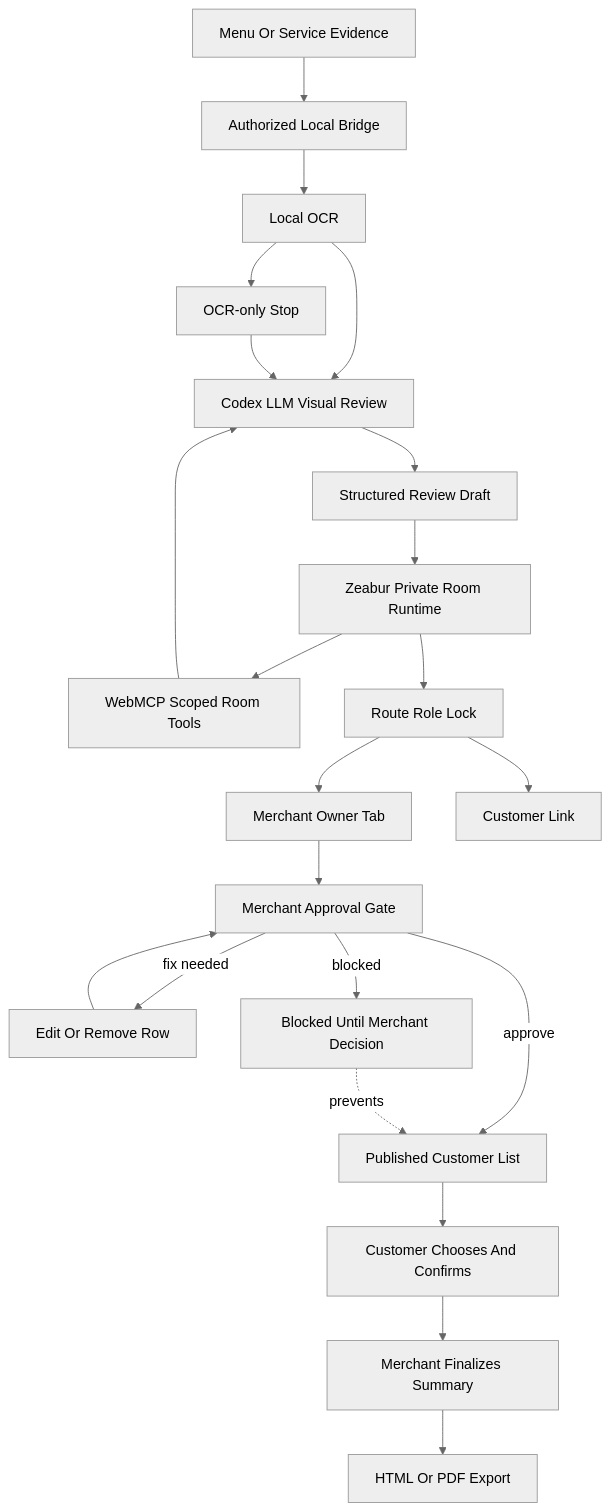
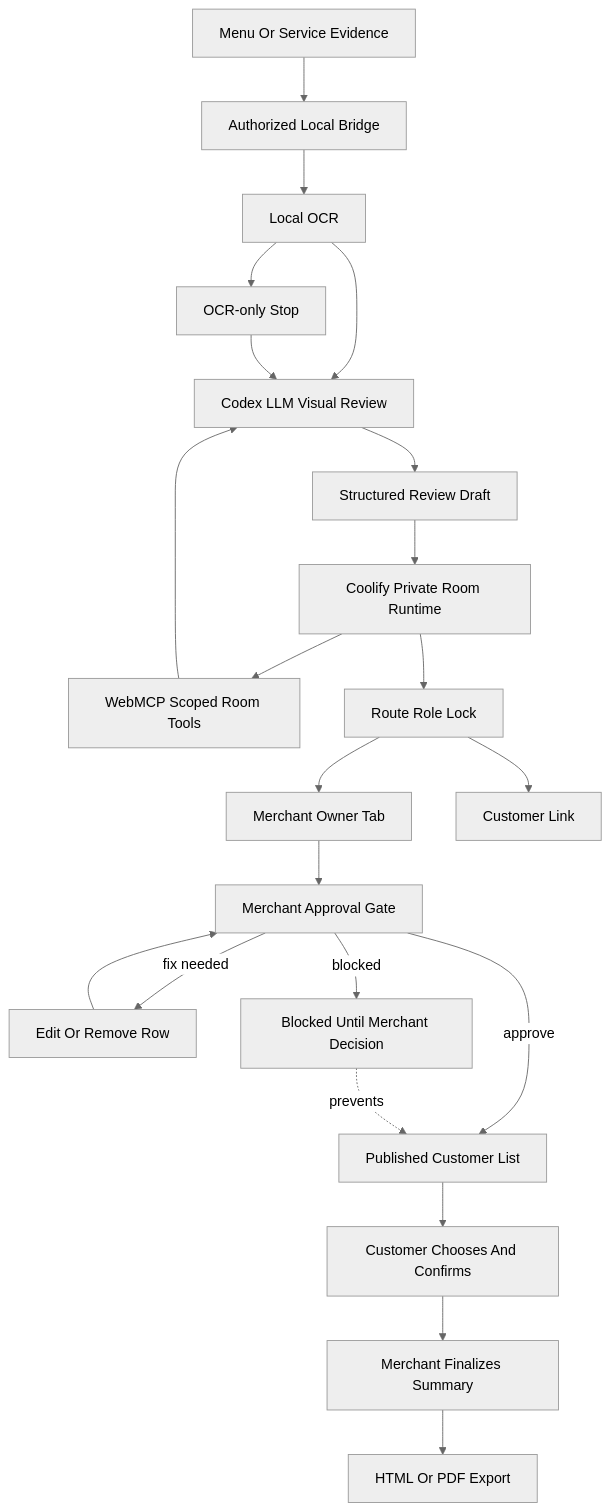
Before and after one commit to jiarong0423/shared-room-mcp: the second of 2 diagrams in README.md, drawn with Mermaid (neutral theme). The commit also changed other lines of this file and 7 other files, not shown here.

Commit message:
Move hosted demo URL from Zeabur to Coolify (sharedroom-new.jace0423.com)

````diff
--- a/README.md
+++ b/README.md
@@ -254,24 +254,24 @@
 ```mermaid
 flowchart TD
   Evidence[Menu Or Service Evidence] --> Bridge[Authorized Local Bridge]
   Bridge --> OCR[Local OCR]
   OCR --> Codex[Codex LLM Visual Review]
   OCR --> OcrStop[OCR-only Stop]
   OcrStop --> Codex
   Codex --> Draft[Structured Review Draft]
-  Draft --> Zeabur[Zeabur Private Room Runtime]
-  Zeabur --> WebMCP[WebMCP Scoped Room Tools]
+  Draft --> Coolify[Coolify Private Room Runtime]
+  Coolify --> WebMCP[WebMCP Scoped Room Tools]
   WebMCP --> Codex
-  Zeabur --> RoleLock[Route Role Lock]
+  Coolify --> RoleLock[Route Role Lock]
   RoleLock --> Owner[Merchant Owner Tab]
   RoleLock --> Customer[Customer Link]
   Owner --> Gate[Merchant Approval Gate]
   Gate -->|approve| Published[Published Customer List]
   Gate -->|fix needed| Fix[Edit Or Remove Row]
   Fix --> Gate
   Gate -->|blocked| Stop[Blocked Until Merchant Decision]
   Published --> CustomerOrder[Customer Chooses And Confirms]
   CustomerOrder --> Final[Merchant Finalizes Summary]
   Final --> Export[HTML Or PDF Export]
   Stop -. prevents .-> Published
 ```
````
